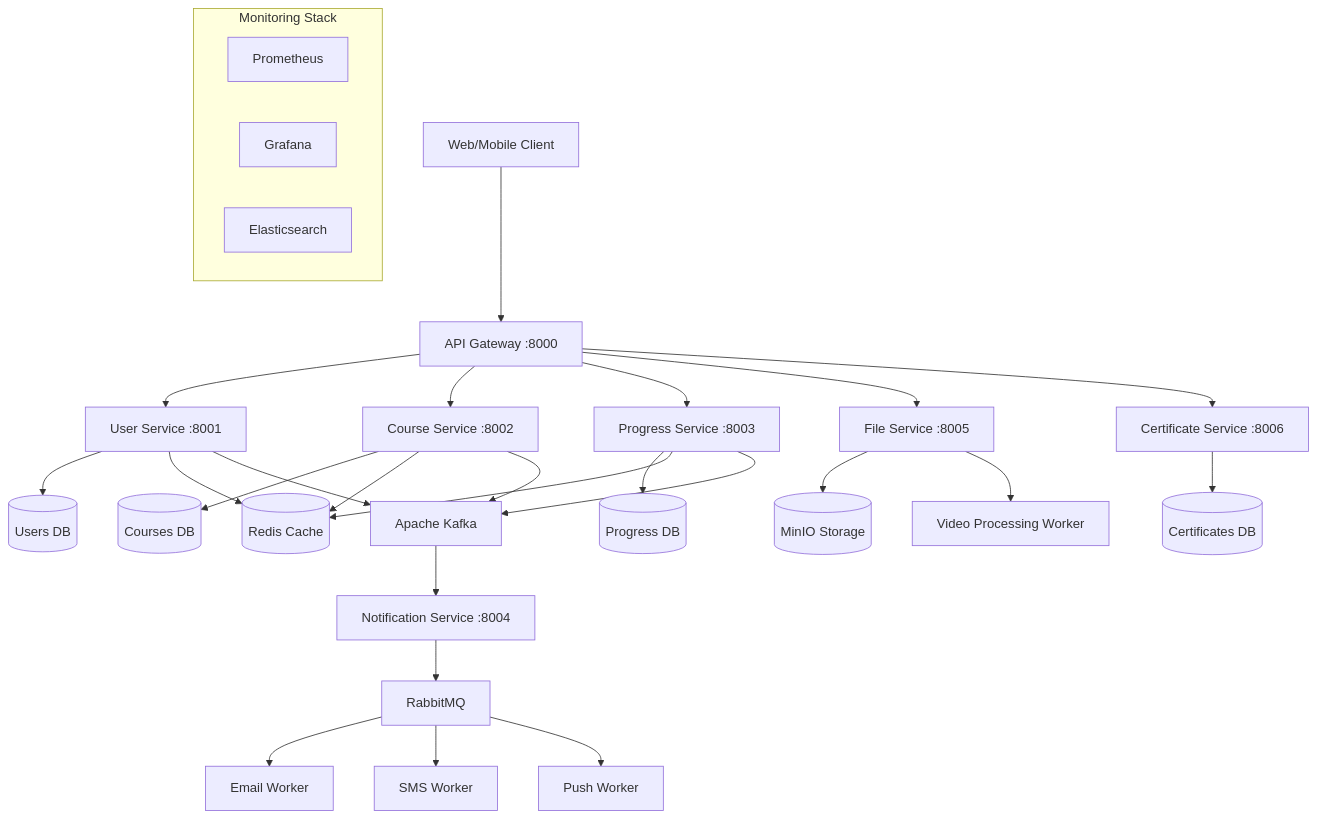
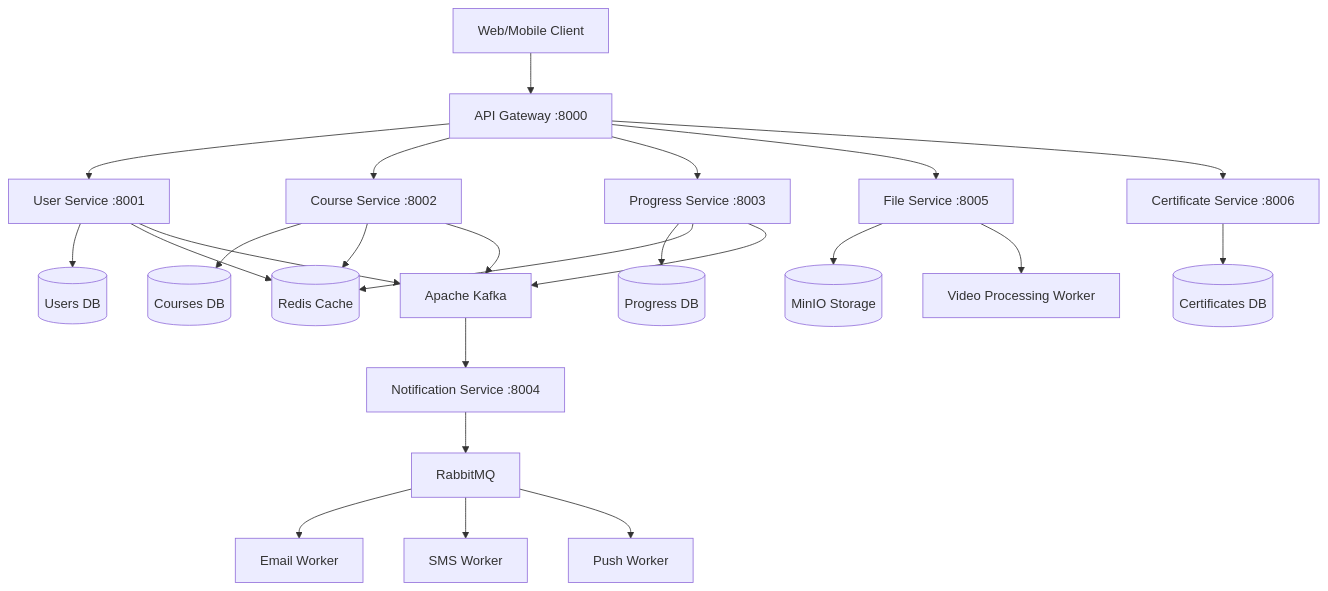
One commit to LarisaShirokikh/eduplatform_backend changed the diagram in README.md. Above: the diagram before and after it, drawn with Mermaid. The commit also changed other lines of this file and 2 other files, not shown here.

````diff
--- a/README.md
+++ b/README.md
@@ -15,38 +35,32 @@
 ```mermaid
 graph TB
     Client[Web/Mobile Client] --> Gateway[API Gateway :8000]
 
     Gateway --> UserSrv[User Service :8001]
     Gateway --> CourseSrv[Course Service :8002]
     Gateway --> ProgressSrv[Progress Service :8003]
     Gateway --> FileSrv[File Service :8005]
     Gateway --> CertSrv[Certificate Service :8006]
 
     UserSrv --> UserDB[(Users DB)]
     CourseSrv --> CourseDB[(Courses DB)]
     ProgressSrv --> ProgressDB[(Progress DB)]
     CertSrv --> CertDB[(Certificates DB)]
 
     UserSrv --> Redis[(Redis Cache)]
     CourseSrv --> Redis
     ProgressSrv --> Redis
 
     UserSrv --> Kafka[Apache Kafka]
     CourseSrv --> Kafka
     ProgressSrv --> Kafka
     Kafka --> NotificationSrv[Notification Service :8004]
 
     NotificationSrv --> RabbitMQ[RabbitMQ]
     RabbitMQ --> EmailWorker[Email Worker]
     RabbitMQ --> SMSWorker[SMS Worker]
     RabbitMQ --> PushWorker[Push Worker]
 
     FileSrv --> MinIO[(MinIO Storage)]
     FileSrv --> VideoWorker[Video Processing Worker]
-
-    subgraph "Monitoring Stack"
-        Prometheus[Prometheus]
-        Grafana[Grafana]
-        ElasticSearch[Elasticsearch]
-    end
 ```
````
